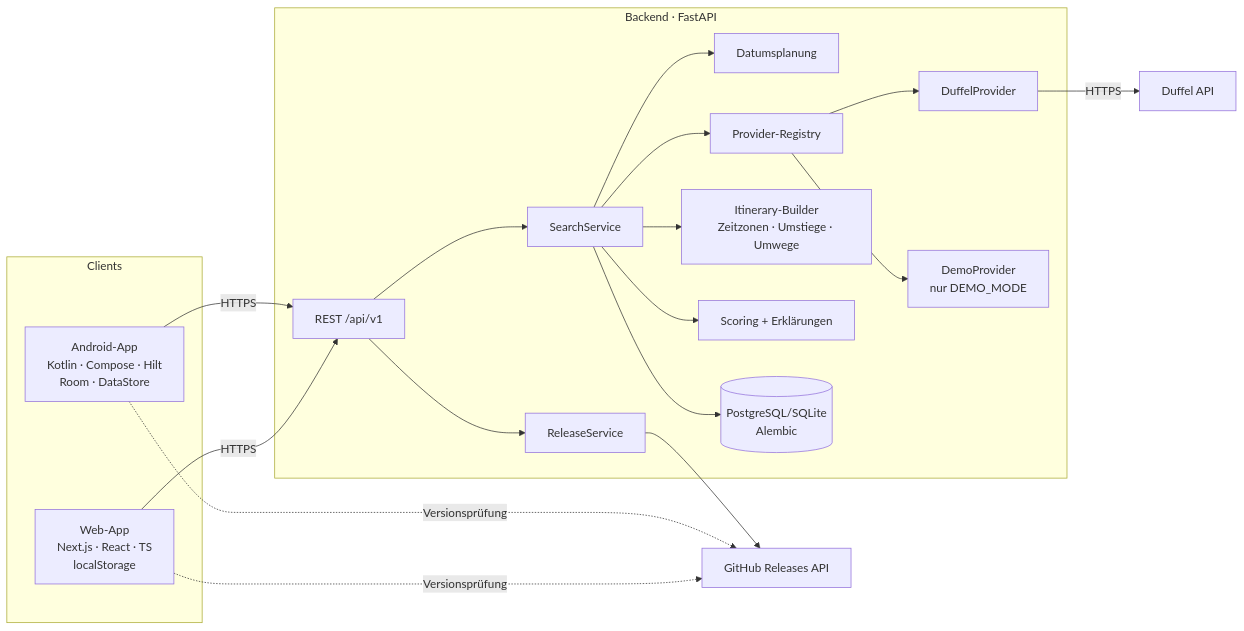
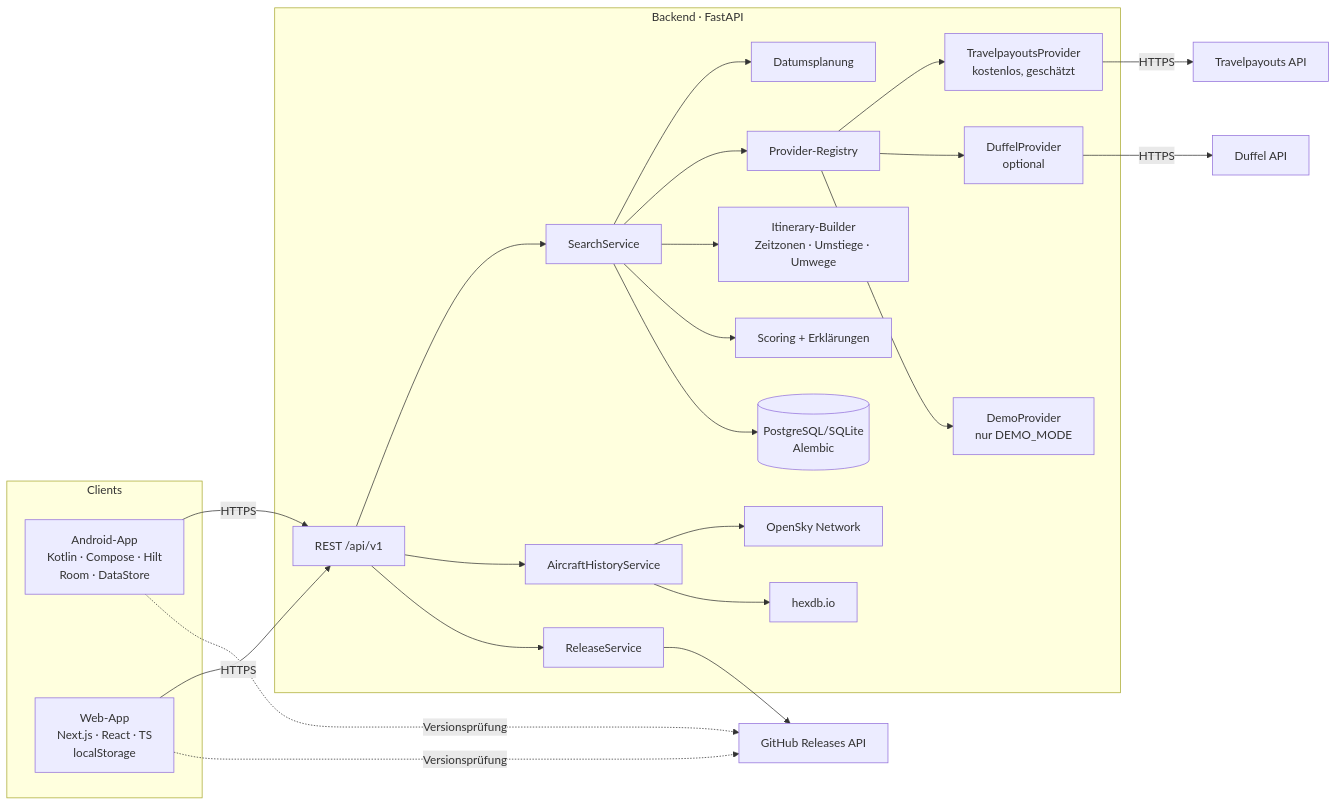
One commit to Atomkarnickel/aviation-trip-optimizer changed the diagram in docs/ARCHITECTURE.md. Above: the diagram before and after it, drawn with Mermaid. The commit also changed other lines of this file and 45 other files, not shown here.

````diff
--- a/docs/ARCHITECTURE.md
+++ b/docs/ARCHITECTURE.md
@@ -3,24 +3,29 @@
 ```mermaid
 flowchart LR
   subgraph Clients
     A[Android-App<br/>Kotlin · Compose · Hilt<br/>Room · DataStore]
     W[Web-App<br/>Next.js · React · TS<br/>localStorage]
   end
   subgraph Backend[Backend · FastAPI]
     API[REST /api/v1] --> S[SearchService]
     S --> D[Datumsplanung]
     S --> P[Provider-Registry]
-    P --> DU[DuffelProvider]
+    P --> TP[TravelpayoutsProvider<br/>kostenlos, geschätzt]
+    P --> DU[DuffelProvider<br/>optional]
     P --> DE[DemoProvider<br/>nur DEMO_MODE]
     S --> B[Itinerary-Builder<br/>Zeitzonen · Umstiege · Umwege]
     S --> SC[Scoring + Erklärungen]
+    API --> H[AircraftHistoryService]
+    H --> OS[OpenSky Network]
+    H --> HX[hexdb.io]
     API --> R[ReleaseService]
     S --> DB[(PostgreSQL/SQLite<br/>Alembic)]
   end
   A -- HTTPS --> API
   W -- HTTPS --> API
   DU -- HTTPS --> DUF[Duffel API]
+  TP -- HTTPS --> TPA[Travelpayouts API]
   R --> GH[GitHub Releases API]
   A -. Versionsprüfung .-> GH
   W -. Versionsprüfung .-> GH
 ```
````
